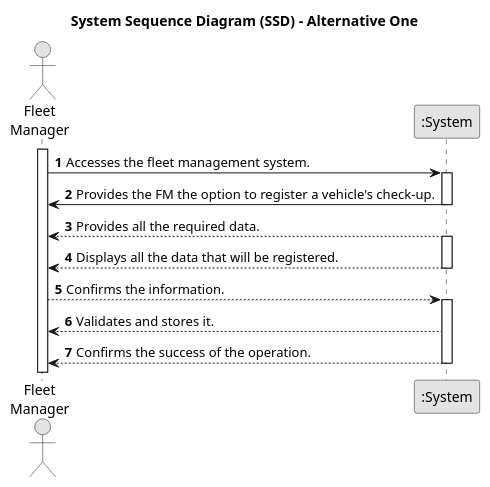
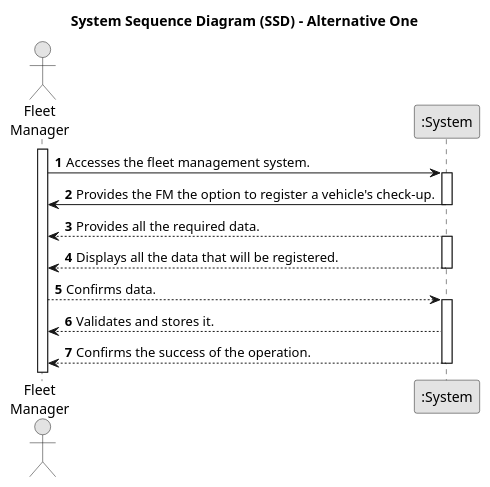
Before and after one commit to SAEmanuel/Green_Spaces_Management_ISEP: the diagram in docs/sprintA/us007/01.requirements-engineering/puml/us007-system-sequence-diagram-alternative-one.puml, drawn with PlantUML. The commit also changed 5 other files, not shown here.

```diff
--- a/docs/sprintA/us007/01.requirements-engineering/puml/us007-system-sequence-diagram-alternative-one.puml
+++ b/docs/sprintA/us007/01.requirements-engineering/puml/us007-system-sequence-diagram-alternative-one.puml
@@ -1,36 +1,36 @@
 @startuml
 skinparam monochrome true
 skinparam packageStyle rectangle
 skinparam shadowing false
 
 title System Sequence Diagram (SSD) - Alternative One
 
 autonumber
 
 actor "Fleet\nManager" as FM
 participant ":System" as System
 
 activate FM
 
     FM -> System : Accesses the fleet management system.
     activate System
 
     System -> FM : Provides the FM the option to register a vehicle's check-up.
         deactivate System
 
         System --> FM : Provides all the required data.
     activate System
 
     System --> FM : Displays all the data that will be registered.
         deactivate System
 
-        FM --> System : Confirms the information.
+        FM --> System : Confirms data.
         activate System
 
         System --> FM : Validates and stores it.
 
 
         System --> FM : Confirms the success of the operation.
         deactivate System
 
 @enduml
```
